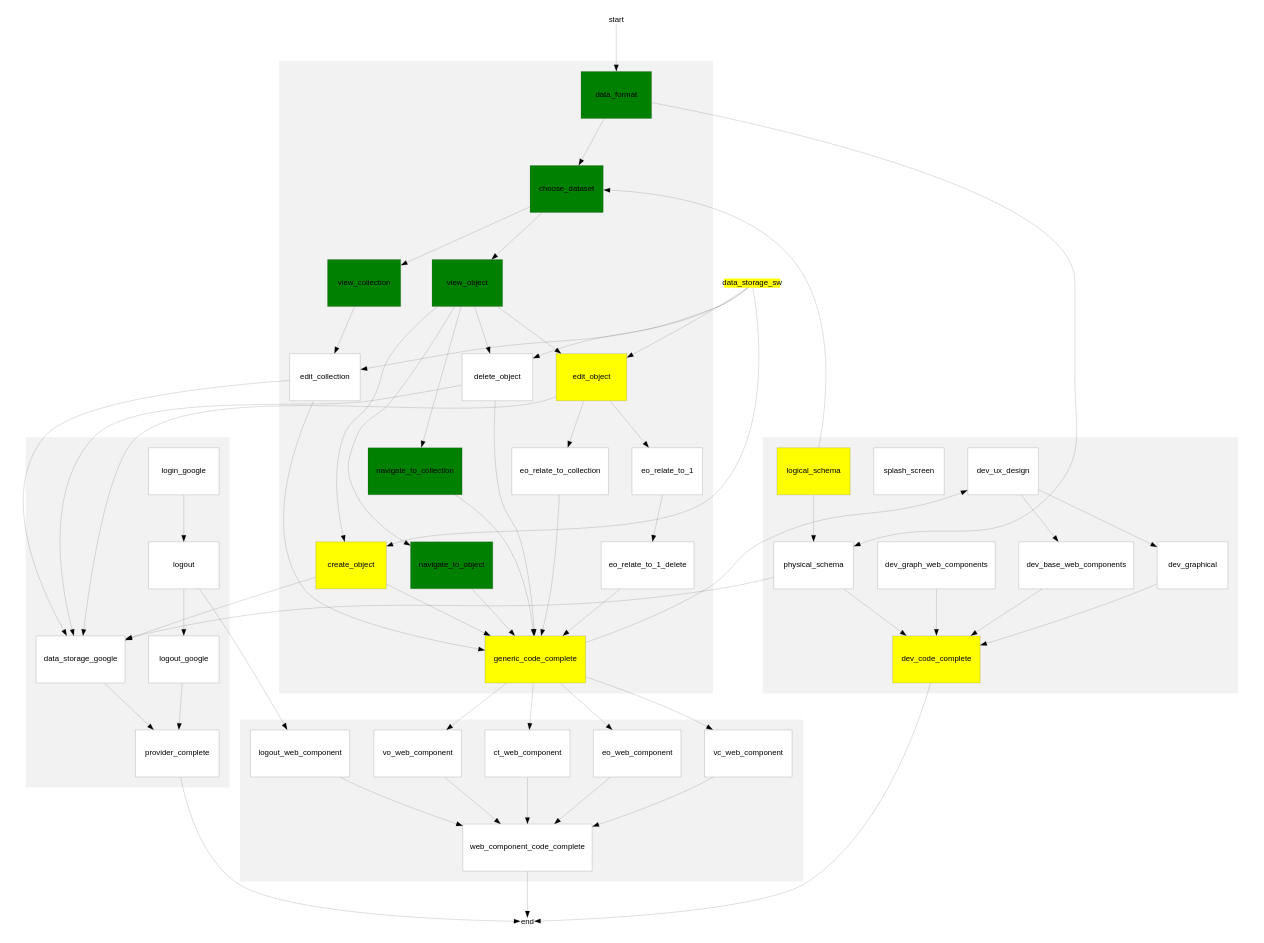
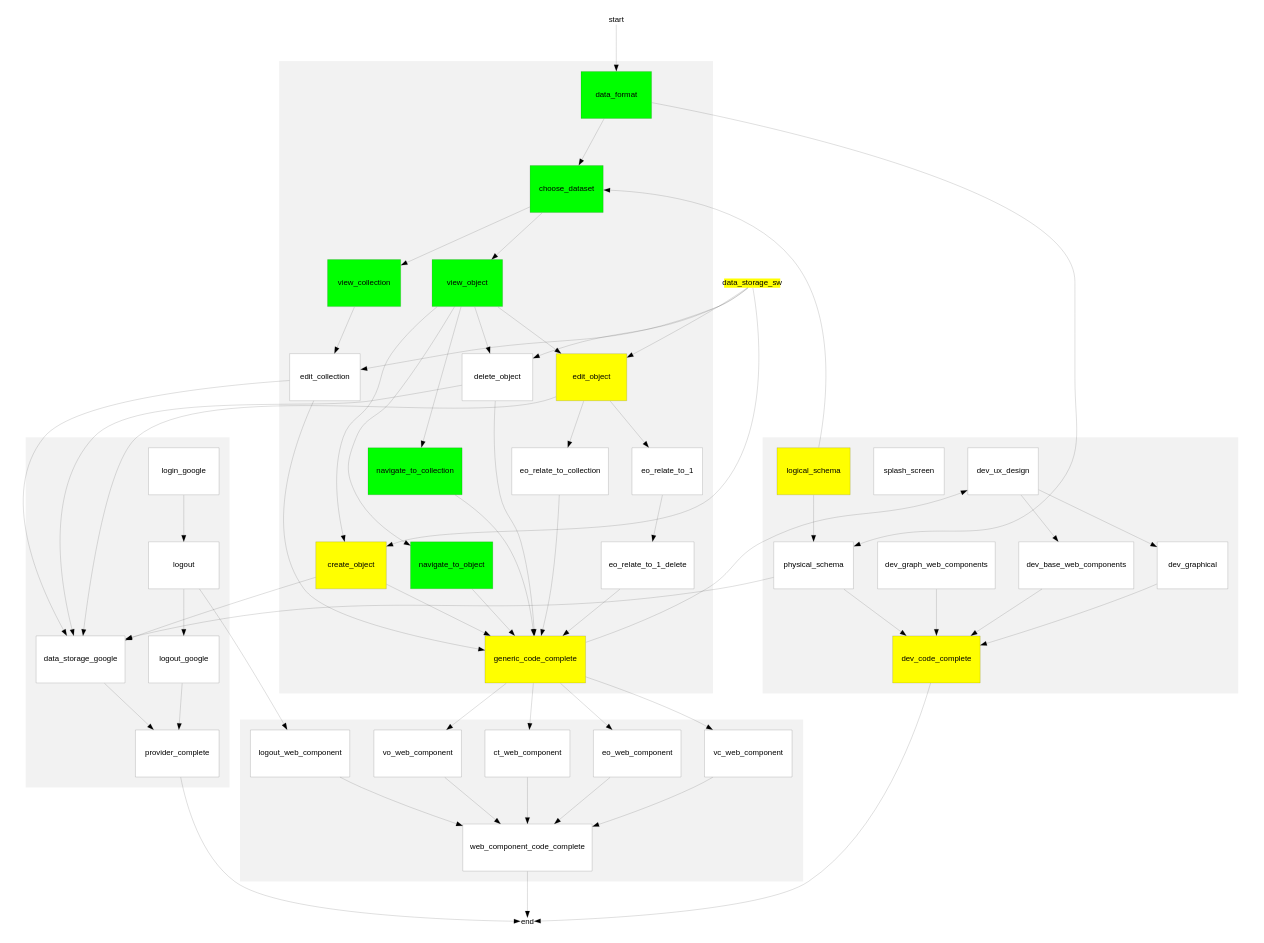
The diagram in docs/viz.gv (goofballLogic/stored-groups), drawn with Graphviz before and after one commit. The commit also changed 7 other files, not shown here.

```diff
--- a/docs/viz.gv
+++ b/docs/viz.gv
@@ -1,103 +1,103 @@
 digraph G {
 
     penwidth=0.1
     node [ fontsize=6; fontname=arial; penwidth=0.1; shape=box; style=filled; fillcolor=white; ]
     edge [ penwidth=0.1; arrowsize=0.5 ]
 
     subgraph dev_tooling {
 
         node [ shape=plain ]
         data_storage_sw [ fillcolor=yellow; margin=0.1; ]
         start
         end
     }
 
     subgraph cluster_generic {
         color=white; style=filled; fillcolor=grey95
-        data_format [ fillcolor=green ]
-        choose_dataset [ fillcolor=green ]
-        view_object [ fillcolor=green ]
-        navigate_to_object [ fillcolor=green ]
-        navigate_to_collection [ fillcolor=green ]
-        view_collection [ fillcolor=green ]
+        data_format [ fillcolor=lime ]
+        choose_dataset [ fillcolor=lime ]
+        view_object [ fillcolor=lime ]
+        navigate_to_object [ fillcolor=lime ]
+        navigate_to_collection [ fillcolor=lime ]
+        view_collection [ fillcolor=lime ]
         create_object [ fillcolor=yellow ]
         edit_object [ fillcolor=yellow ]
             eo_relate_to_1
             eo_relate_to_collection
             eo_relate_to_1_delete
         edit_collection
         delete_object
         generic_code_complete [ fillcolor=yellow ]
     }
 
     subgraph cluster_provider {
         color=white; style=filled; fillcolor=grey95
         data_storage_google
         login_google
         logout
         logout_google
         provider_complete
     }
 
     subgraph cluster_webcomponent_bridge {
         color=white; style=filled; fillcolor=grey95
         ct_web_component
         vo_web_component
         vc_web_component
         eo_web_component
         logout_web_component
         web_component_code_complete
     }
 
     subgraph cluster_dev_ots {
         color=white; style=filled; fillcolor=grey95
         physical_schema
         logical_schema [ fillcolor=yellow ]
         splash_screen
         dev_ux_design
         dev_base_web_components
         dev_graph_web_components
         dev_graphical
         dev_code_complete [ fillcolor=yellow ]
     }
 
     start -> data_format
 
     logical_schema -> choose_dataset
     data_format -> choose_dataset -> view_object
     choose_dataset -> view_collection -> edit_collection -> generic_code_complete
     view_object -> navigate_to_object -> generic_code_complete
     view_object -> navigate_to_collection -> generic_code_complete
     view_object -> create_object -> generic_code_complete
     view_object -> delete_object  -> generic_code_complete
     view_object -> edit_object
     edit_object -> eo_relate_to_1 -> eo_relate_to_1_delete  -> generic_code_complete
     edit_object -> eo_relate_to_collection  -> generic_code_complete
 
     data_storage_sw -> edit_object -> data_storage_google
     data_storage_sw -> edit_collection -> data_storage_google
     data_storage_sw -> delete_object -> data_storage_google
     data_storage_sw -> create_object -> data_storage_google
 
     generic_code_complete -> ct_web_component -> web_component_code_complete
     generic_code_complete -> vo_web_component -> web_component_code_complete
     generic_code_complete -> vc_web_component -> web_component_code_complete
     generic_code_complete -> eo_web_component -> web_component_code_complete
     logout -> logout_web_component -> web_component_code_complete -> end
 
     data_format -> physical_schema
     logical_schema -> physical_schema -> dev_code_complete
     generic_code_complete -> dev_ux_design
     dev_ux_design -> dev_base_web_components -> dev_code_complete
     dev_ux_design -> dev_graphical -> dev_code_complete
     dev_graph_web_components -> dev_code_complete
     dev_code_complete -> end
 
     data_storage_google -> provider_complete
 
     physical_schema -> data_storage_google
 
     login_google -> logout -> logout_google -> provider_complete
 
     provider_complete -> end
 }
```
